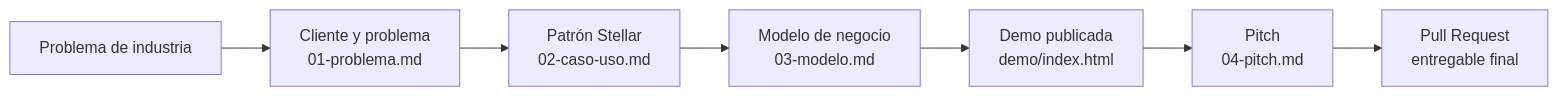
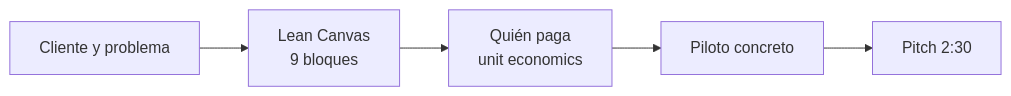
The diagram in organizacion/temario.md (20233tf086-rgb/Ideathon-Stellar-BAF-Canacintra), drawn with Mermaid before and after one commit. The commit also changed other lines of this file and 44 other files, not shown here.

First line of the commit message:
feat: el entregable es Lean Canvas y pitch; se limpia el resto

````diff
--- a/organizacion/temario.md
+++ b/organizacion/temario.md
@@ -22,9 +21,7 @@
 ```mermaid
 flowchart LR
-  A["Problema de industria"] --> B["Cliente y problema<br/>01-problema.md"]
-  B --> C["Patrón Stellar<br/>02-caso-uso.md"]
-  C --> D["Modelo de negocio<br/>03-modelo.md"]
-  D --> E["Demo publicada<br/>demo/index.html"]
-  E --> F["Pitch<br/>04-pitch.md"]
-  F --> G["Pull Request<br/>entregable final"]
+  A["Cliente y problema"] --> B["Lean Canvas<br/>9 bloques"]
+  B --> C["Quién paga<br/>unit economics"]
+  C --> D["Piloto concreto"]
+  D --> E["Pitch 2:30"]
 ```
````
